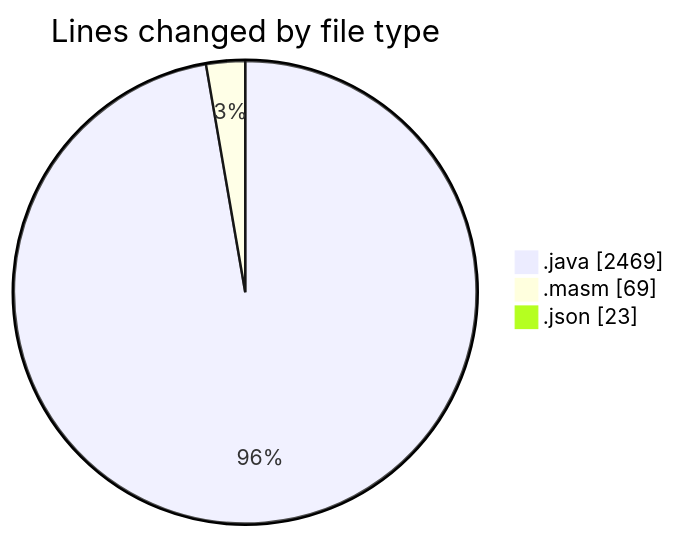
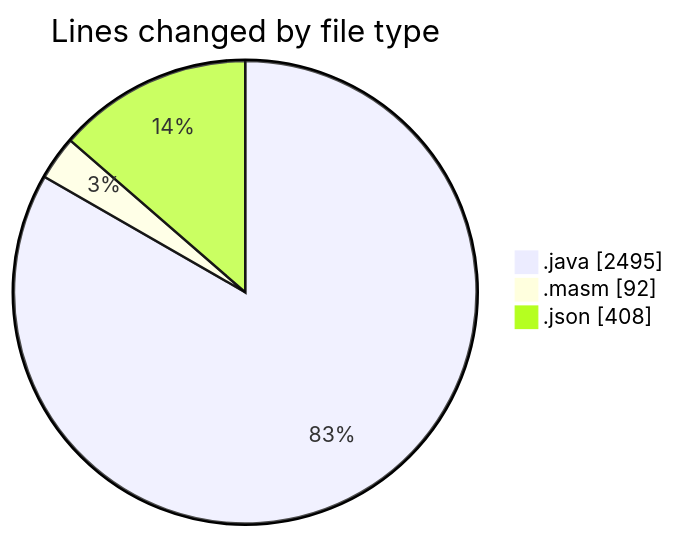
One commit to charlie-sans/code-tracking changed the first of 2 diagrams in 2025-02-19/masm/README.md. Above: the diagram before and after it, drawn with Mermaid. The commit also changed other lines of this file and 1 other file, not shown here.

````diff
--- a/2025-02-19/masm/README.md
+++ b/2025-02-19/masm/README.md
@@ -27,7 +29,7 @@
 ```mermaid
 pie showData
 title Lines changed by file type
-".java" : 2469
-".masm" : 69
-".json" : 23
+".java" : 2495
+".masm" : 92
+".json" : 408
 ```
````
